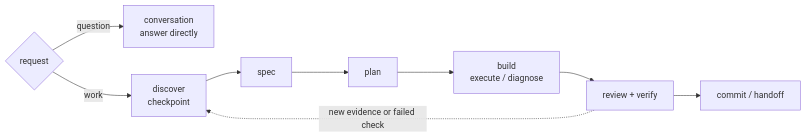
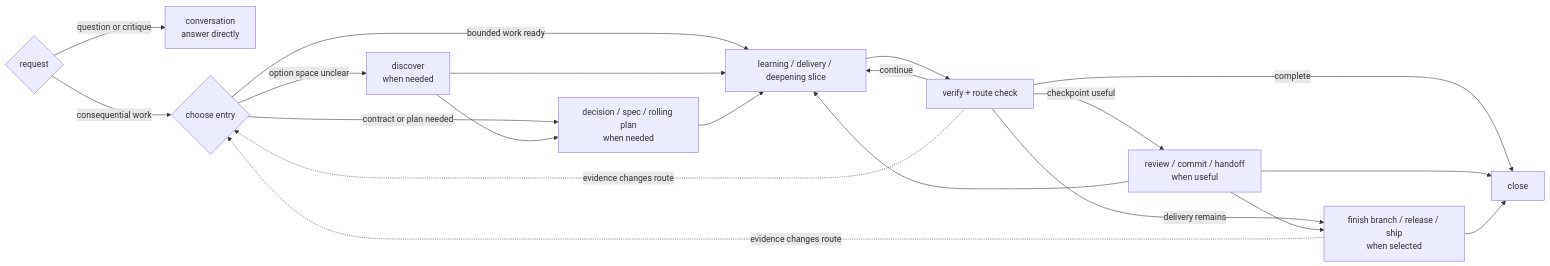
Before and after one commit to hassan-mohiddin/freeflow: the first of 2 diagrams in plugin-docs/workflow.md, drawn with Mermaid. The commit also changed other lines of this file and 89 other files, not shown here.

````diff
--- a/plugin-docs/workflow.md
+++ b/plugin-docs/workflow.md
@@ -27,16 +27,33 @@
 ```mermaid
 flowchart LR
   Request{request}
   Talk[conversation<br/>answer directly]
-  Discover[discover<br/>checkpoint]
-  Spec[spec]
-  Plan[plan]
-  Build[build<br/>execute / diagnose]
-  Check[review + verify]
-  Close[commit / handoff]
+  Entry{choose entry}
+  Discover[discover<br/>when needed]
+  Durable[decision / spec / rolling plan<br/>when needed]
+  Slice[learning / delivery / deepening slice]
+  Verify[verify + route check]
+  Formal[review / commit / handoff<br/>when useful]
+  Delivery[finish branch / release / ship<br/>when selected]
+  Done[close]
 
-  Request -->|question| Talk
-  Request -->|work| Discover
-  Discover --> Spec --> Plan --> Build --> Check --> Close
-  Check -. new evidence or failed check .-> Discover
+  Request -->|question or critique| Talk
+  Request -->|consequential work| Entry
+  Entry -->|option space unclear| Discover
+  Entry -->|contract or plan needed| Durable
+  Entry -->|bounded work ready| Slice
+  Discover --> Durable
+  Discover --> Slice
+  Durable --> Slice
+  Slice --> Verify
+  Verify -->|continue| Slice
+  Verify -->|checkpoint useful| Formal
+  Verify -->|delivery remains| Delivery
+  Verify -->|complete| Done
+  Formal --> Slice
+  Formal --> Delivery
+  Formal --> Done
+  Delivery --> Done
+  Verify -. evidence changes route .-> Entry
+  Delivery -. evidence changes route .-> Entry
 ```
````
